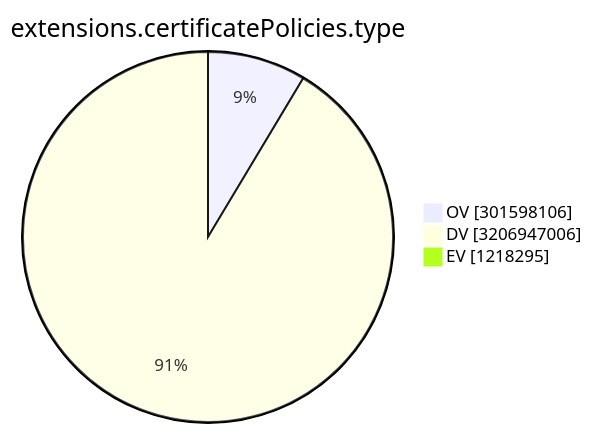
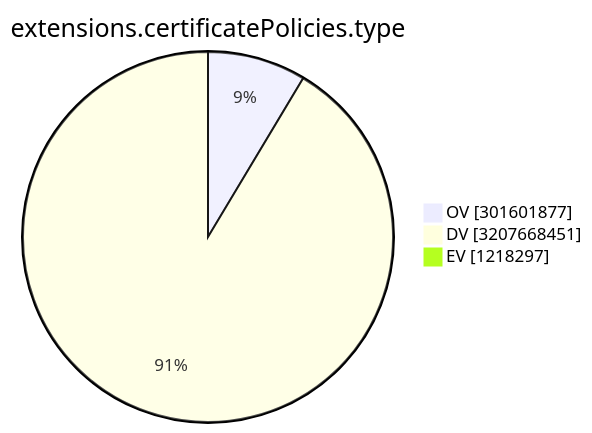
The ninth of 15 diagrams in TOTAL/README.md (christiankrug/ctmonitor_visualization), drawn with Mermaid before and after one commit. The commit also changed other lines of this file, not shown here.

````diff
--- a/TOTAL/README.md
+++ b/TOTAL/README.md
@@ -3106,7 +3106,7 @@
 ```mermaid
 pie showData
 title extensions.certificatePolicies.type
-"OV" :301598106
-"DV" :3206947006
-"EV" :1218295
+"OV" :301601877
+"DV" :3207668451
+"EV" :1218297
 ```
````
